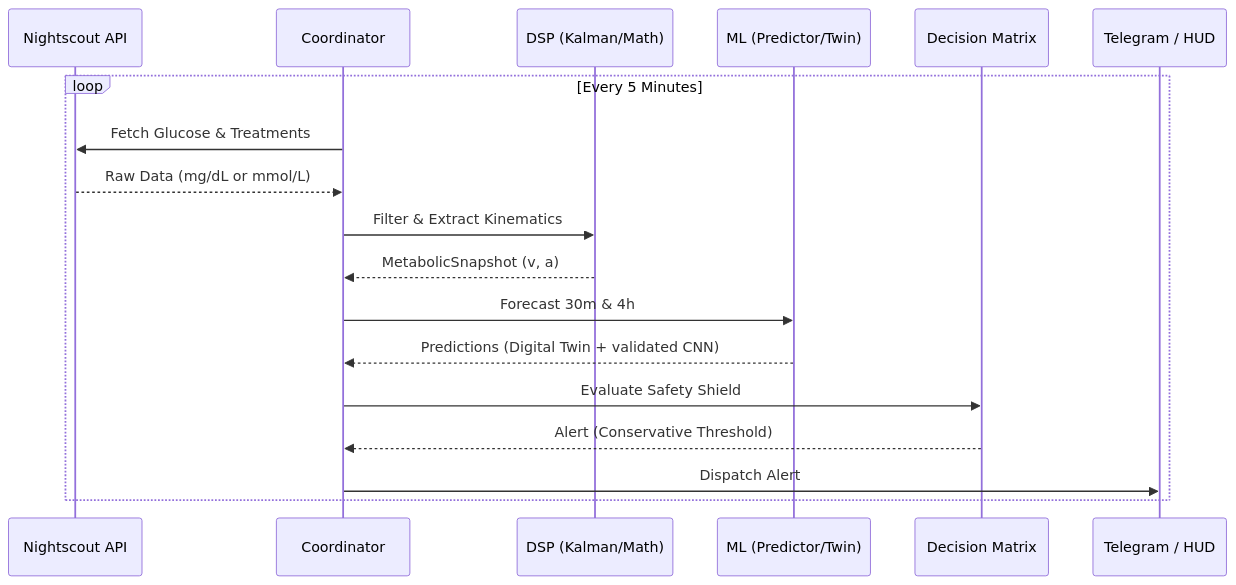
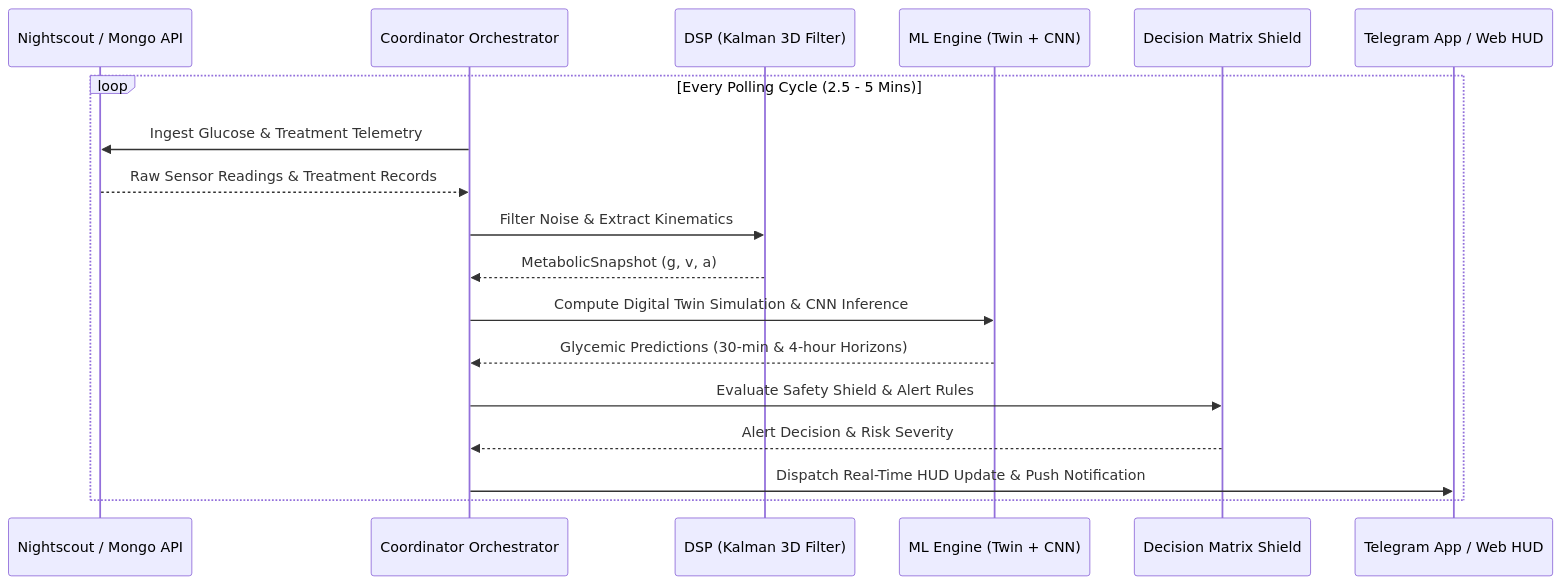
The diagram in docs/architecture.md (vgbn2/diabetic), drawn with Mermaid before and after one commit. The commit also changed other lines of this file and 3 other files, not shown here.

````diff
--- a/docs/architecture.md
+++ b/docs/architecture.md
@@ -22,21 +36,21 @@
 ```mermaid
 sequenceDiagram
-    participant NS as Nightscout API
-    participant C as Coordinator
-    participant DSP as DSP (Kalman/Math)
-    participant ML as ML (Predictor/Twin)
-    participant DM as Decision Matrix
-    participant T as Telegram / HUD
+    participant NS as Nightscout / Mongo API
+    participant C as Coordinator Orchestrator
+    participant DSP as DSP (Kalman 3D Filter)
+    participant ML as ML Engine (Twin + CNN)
+    participant DM as Decision Matrix Shield
+    participant TWA as Telegram App / Web HUD
 
-    loop Every 5 Minutes
-        C->>NS: Fetch Glucose & Treatments
-        NS-->>C: Raw Data (mg/dL or mmol/L)
-        C->>DSP: Filter & Extract Kinematics
-        DSP-->>C: MetabolicSnapshot (v, a)
-        C->>ML: Forecast 30m & 4h
-        ML-->>C: Predictions (Digital Twin + validated CNN)
-        C->>DM: Evaluate Safety Shield
-        DM-->>C: Alert (Conservative Threshold)
-        C->>T: Dispatch Alert
+    loop Every Polling Cycle (2.5 - 5 Mins)
+        C->>NS: Ingest Glucose & Treatment Telemetry
+        NS-->>C: Raw Sensor Readings & Treatment Records
+        C->>DSP: Filter Noise & Extract Kinematics
+        DSP-->>C: MetabolicSnapshot (g, v, a)
+        C->>ML: Compute Digital Twin Simulation & CNN Inference
+        ML-->>C: Glycemic Predictions (30-min & 4-hour Horizons)
+        C->>DM: Evaluate Safety Shield & Alert Rules
+        DM-->>C: Alert Decision & Risk Severity
+        C->>TWA: Dispatch Real-Time HUD Update & Push Notification
     end
 ```
````
